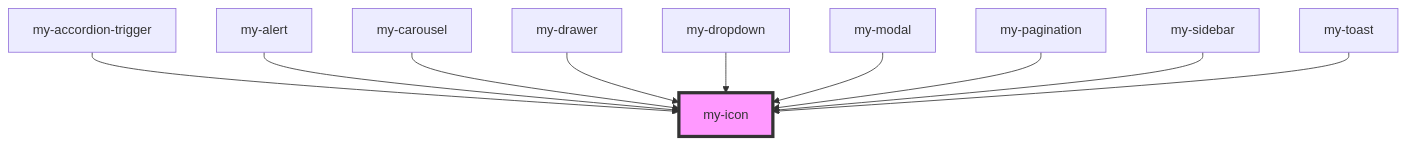
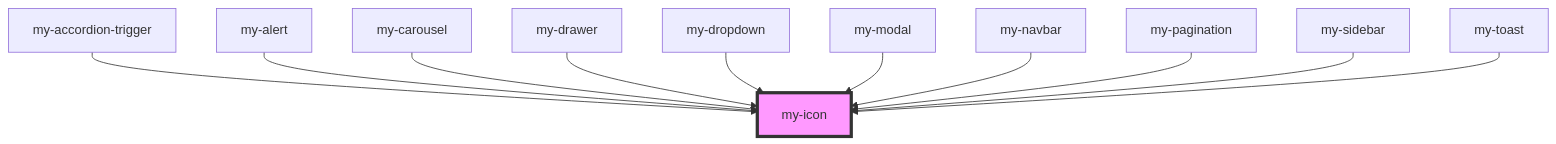
One commit to Andersseen/and-web-components changed the diagram in packages/stencil-library/src/components/my-icon/readme.md. Above: the diagram before and after it, drawn with Mermaid. The commit also changed other lines of this file and 5 other files, not shown here.

Commit message:
feat: Implement responsive mobile menu for `my-navbar` using `my-drawer` and `my-icon` with new CSS utilities.

````diff
--- a/packages/stencil-library/src/components/my-icon/readme.md
+++ b/packages/stencil-library/src/components/my-icon/readme.md
@@ -33,13 +34,14 @@
 ```mermaid
 graph TD;
   my-accordion-trigger --> my-icon
   my-alert --> my-icon
   my-carousel --> my-icon
   my-drawer --> my-icon
   my-dropdown --> my-icon
   my-modal --> my-icon
+  my-navbar --> my-icon
   my-pagination --> my-icon
   my-sidebar --> my-icon
   my-toast --> my-icon
   style my-icon fill:#f9f,stroke:#333,stroke-width:4px
 ```
````
